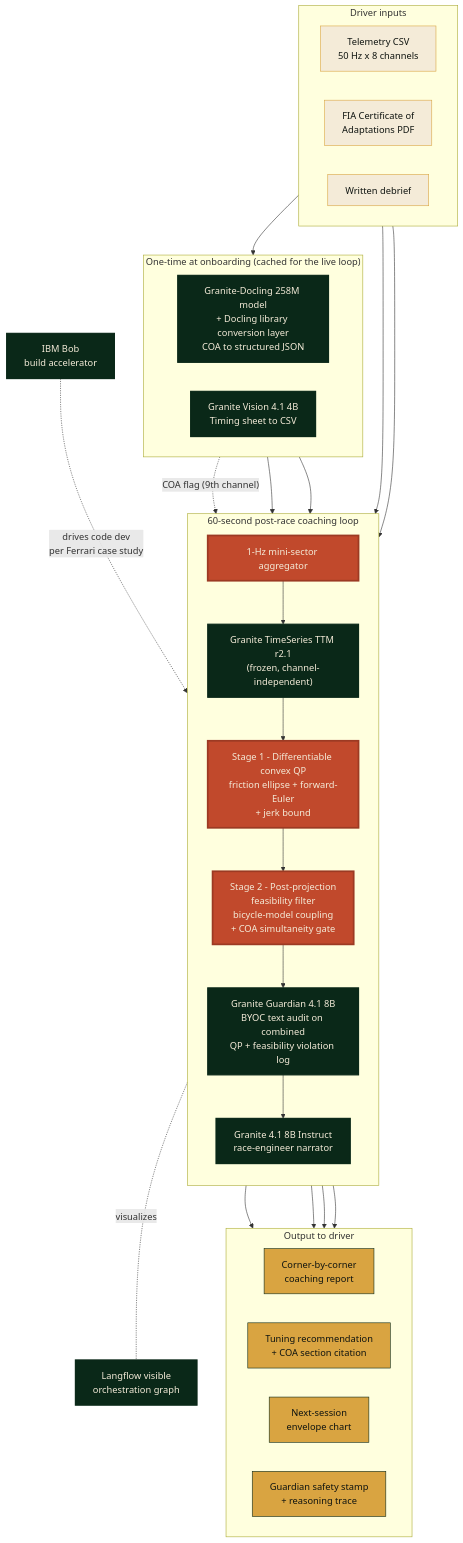
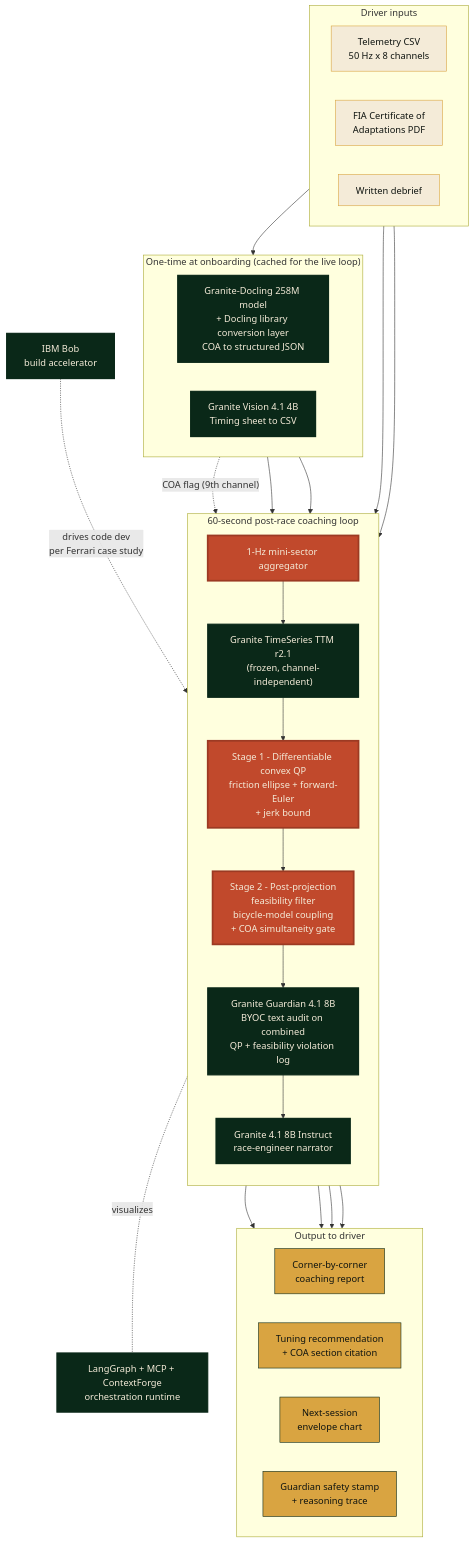
Before and after one commit to StephenSook/apex: the diagram in README.md, drawn with Mermaid. The commit also changed other lines of this file and 6 other files, not shown here.

````diff
--- a/README.md
+++ b/README.md
@@ -96,65 +96,65 @@
 ```mermaid
 flowchart TB
     subgraph In["Driver inputs"]
         direction LR
         TEL["Telemetry CSV<br/>50 Hz x 8 channels"]
         COA["FIA Certificate of<br/>Adaptations PDF"]
         DBR["Written debrief"]
     end
 
     subgraph OB["One-time at onboarding (cached for the live loop)"]
         direction LR
         DOCLING["Granite-Docling 258M model<br/>+ Docling library conversion layer<br/>COA to structured JSON"]
         VISION["Granite Vision 4.1 4B<br/>Timing sheet to CSV"]
     end
 
     subgraph LL["60-second post-race coaching loop"]
         direction TB
         AGG["1-Hz mini-sector aggregator"]
         TTM["Granite TimeSeries TTM r2.1<br/>(frozen, channel-independent)"]
         QP["Stage 1 - Differentiable convex QP<br/>friction ellipse + forward-Euler<br/>+ jerk bound"]
         FEAS["Stage 2 - Post-projection<br/>feasibility filter<br/>bicycle-model coupling<br/>+ COA simultaneity gate"]
         GUARD["Granite Guardian 4.1 8B<br/>BYOC text audit on combined<br/>QP + feasibility violation log"]
         INSTR["Granite 4.1 8B Instruct<br/>race-engineer narrator"]
     end
 
     subgraph Out["Output to driver"]
         direction LR
         REPORT["Corner-by-corner<br/>coaching report"]
         TUNE["Tuning recommendation<br/>+ COA section citation"]
         FCST["Next-session<br/>envelope chart"]
         STAMP["Guardian safety stamp<br/>+ reasoning trace"]
     end
 
     TEL --> AGG
     COA --> DOCLING
     DOCLING -. "COA flag (9th channel)" .-> AGG
     AGG --> TTM
     TTM --> QP
     QP --> FEAS
     FEAS --> GUARD
     DBR --> INSTR
     GUARD --> INSTR
     DOCLING --> INSTR
     VISION --> INSTR
     INSTR --> REPORT
     INSTR --> TUNE
     FEAS --> FCST
     GUARD --> STAMP
 
-    LF["Langflow visible<br/>orchestration graph"]
+    LF["LangGraph + MCP + ContextForge<br/>orchestration runtime"]
     LL -. visualizes .- LF
 
     BOB["IBM Bob<br/>build accelerator"]
     BOB -.->|drives code dev<br/>per Ferrari case study| LL
 
     classDef ibm fill:#0A2818,stroke:#0A2818,stroke-width:2px,color:#F4EBD8
     classDef physics fill:#C1492C,stroke:#9C3A23,stroke-width:3px,color:#F4EBD8
     classDef input fill:#F4EBD8,stroke:#D9A441,stroke-width:1px,color:#0F1410
     classDef output fill:#D9A441,stroke:#0A2818,color:#0F1410
 
     class TEL,COA,DBR input
     class REPORT,TUNE,FCST,STAMP output
     class DOCLING,VISION,TTM,GUARD,INSTR,LF,BOB ibm
     class QP,FEAS,AGG physics
 ```
````
